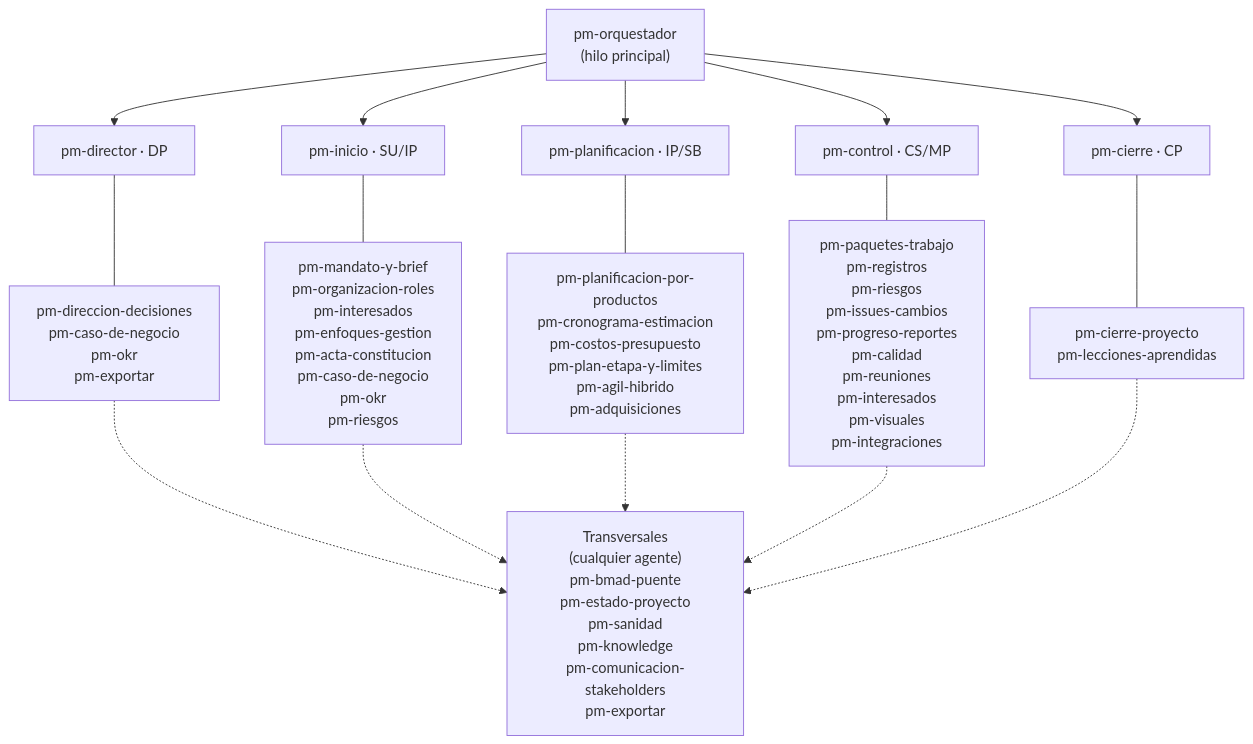
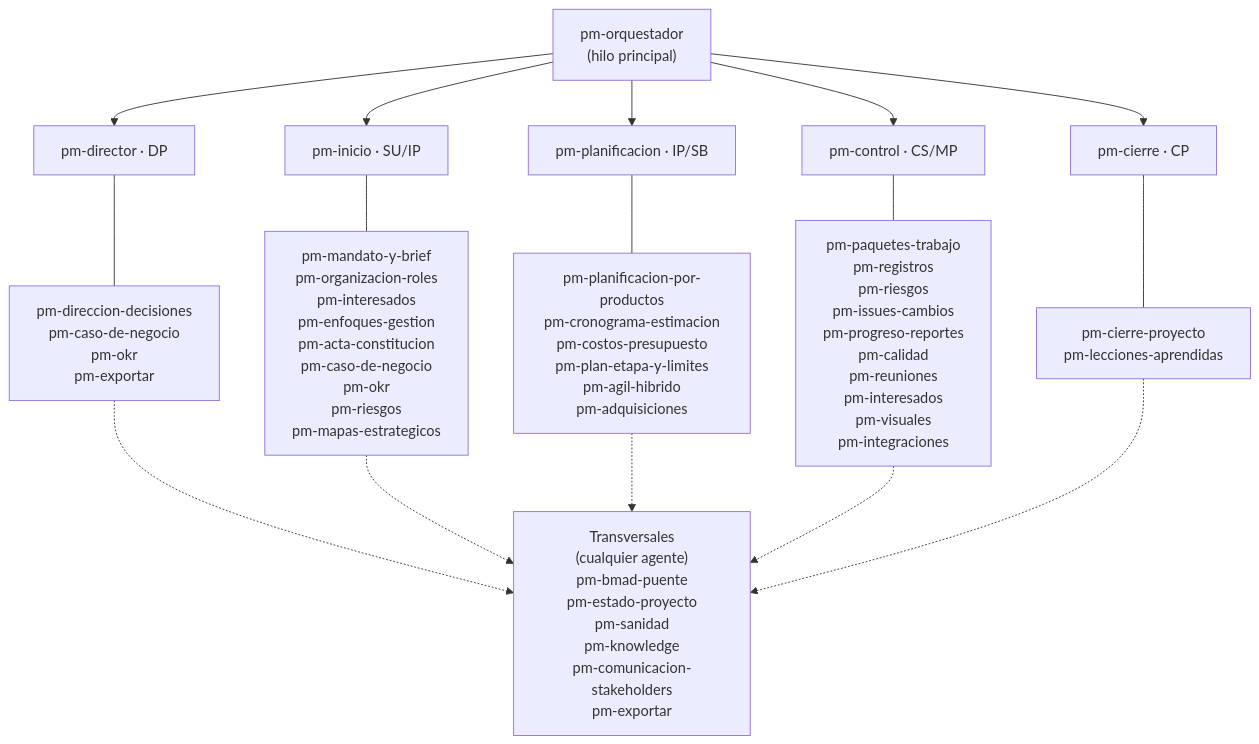
One commit to Arturo-Penas-Rial/pm-method changed the sixth of 7 diagrams in README.md. Above: the diagram before and after it, drawn with Mermaid. The commit also changed other lines of this file and 274 other files, not shown here.

Commit message:
pm-method 2.3.0: mapas estratégicos, caso E2E-5 y webinar, integración cruzada, seguridad, Docker y resumen ejecutivo

````diff
--- a/README.md
+++ b/README.md
@@ -235,12 +235,12 @@
 ```mermaid
 flowchart TB
     ORQ["pm-orquestador<br/>(hilo principal)"]
     ORQ --> DIR & INI & PLA & CON & CIE
     DIR["pm-director · DP"] --- sd["pm-direccion-decisiones<br/>pm-caso-de-negocio<br/>pm-okr<br/>pm-exportar"]
-    INI["pm-inicio · SU/IP"] --- si["pm-mandato-y-brief<br/>pm-organizacion-roles<br/>pm-interesados<br/>pm-enfoques-gestion<br/>pm-acta-constitucion<br/>pm-caso-de-negocio<br/>pm-okr<br/>pm-riesgos"]
+    INI["pm-inicio · SU/IP"] --- si["pm-mandato-y-brief<br/>pm-organizacion-roles<br/>pm-interesados<br/>pm-enfoques-gestion<br/>pm-acta-constitucion<br/>pm-caso-de-negocio<br/>pm-okr<br/>pm-riesgos<br/>pm-mapas-estrategicos"]
     PLA["pm-planificacion · IP/SB"] --- sp["pm-planificacion-por-productos<br/>pm-cronograma-estimacion<br/>pm-costos-presupuesto<br/>pm-plan-etapa-y-limites<br/>pm-agil-hibrido<br/>pm-adquisiciones"]
     CON["pm-control · CS/MP"] --- sc["pm-paquetes-trabajo<br/>pm-registros<br/>pm-riesgos<br/>pm-issues-cambios<br/>pm-progreso-reportes<br/>pm-calidad<br/>pm-reuniones<br/>pm-interesados<br/>pm-visuales<br/>pm-integraciones"]
     CIE["pm-cierre · CP"] --- se["pm-cierre-proyecto<br/>pm-lecciones-aprendidas"]
     TR["Transversales<br/>(cualquier agente)<br/>pm-bmad-puente<br/>pm-estado-proyecto<br/>pm-sanidad<br/>pm-knowledge<br/>pm-comunicacion-stakeholders<br/>pm-exportar"]
     sd & si & sp & sc & se -.-> TR
 ```
````
